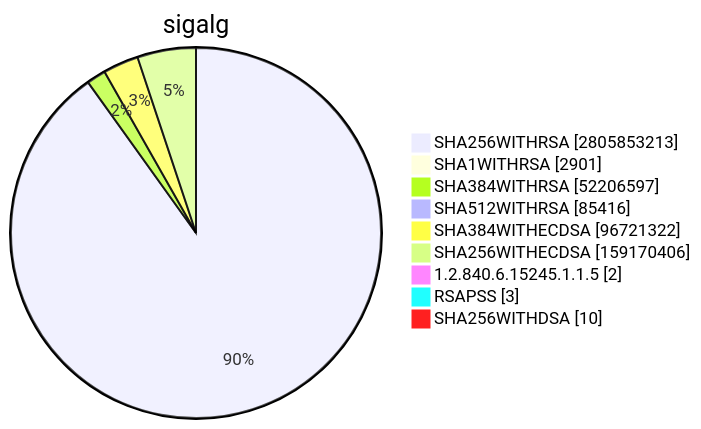
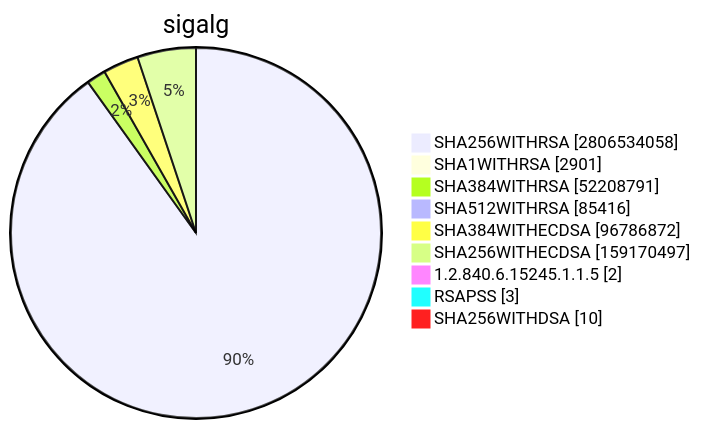
One commit to christiankrug/ctmonitor_visualization changed diagram 15 of 15 in TOTAL/README.md. Above: the diagram before and after it, drawn with Mermaid. The commit also changed other lines of this file, not shown here.

````diff
--- a/TOTAL/README.md
+++ b/TOTAL/README.md
@@ -6205,13 +6205,13 @@
 ```mermaid
 pie showData
 title sigalg
-"SHA256WITHRSA" :2805853213
+"SHA256WITHRSA" :2806534058
 "SHA1WITHRSA" :2901
-"SHA384WITHRSA" :52206597
+"SHA384WITHRSA" :52208791
 "SHA512WITHRSA" :85416
-"SHA384WITHECDSA" :96721322
-"SHA256WITHECDSA" :159170406
+"SHA384WITHECDSA" :96786872
+"SHA256WITHECDSA" :159170497
 "1.2.840.6.15245.1.1.5" :2
 "RSAPSS" :3
 "SHA256WITHDSA" :10
 ```
````
